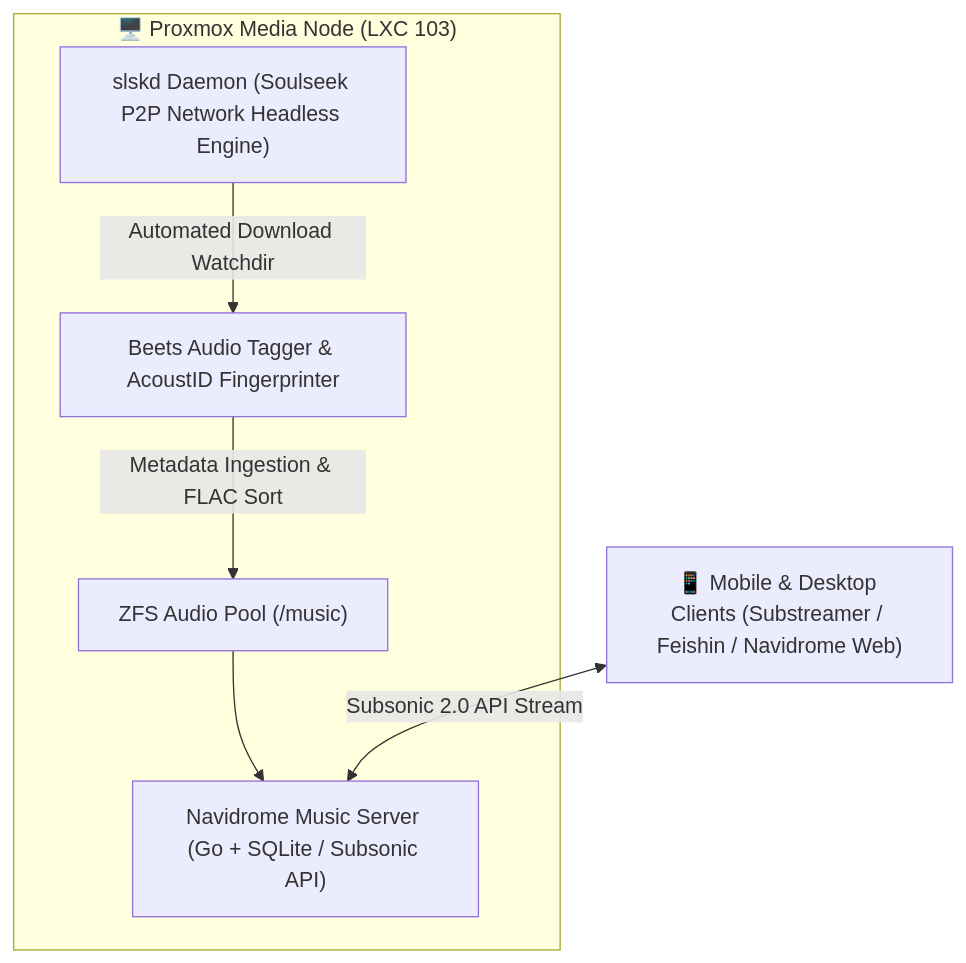
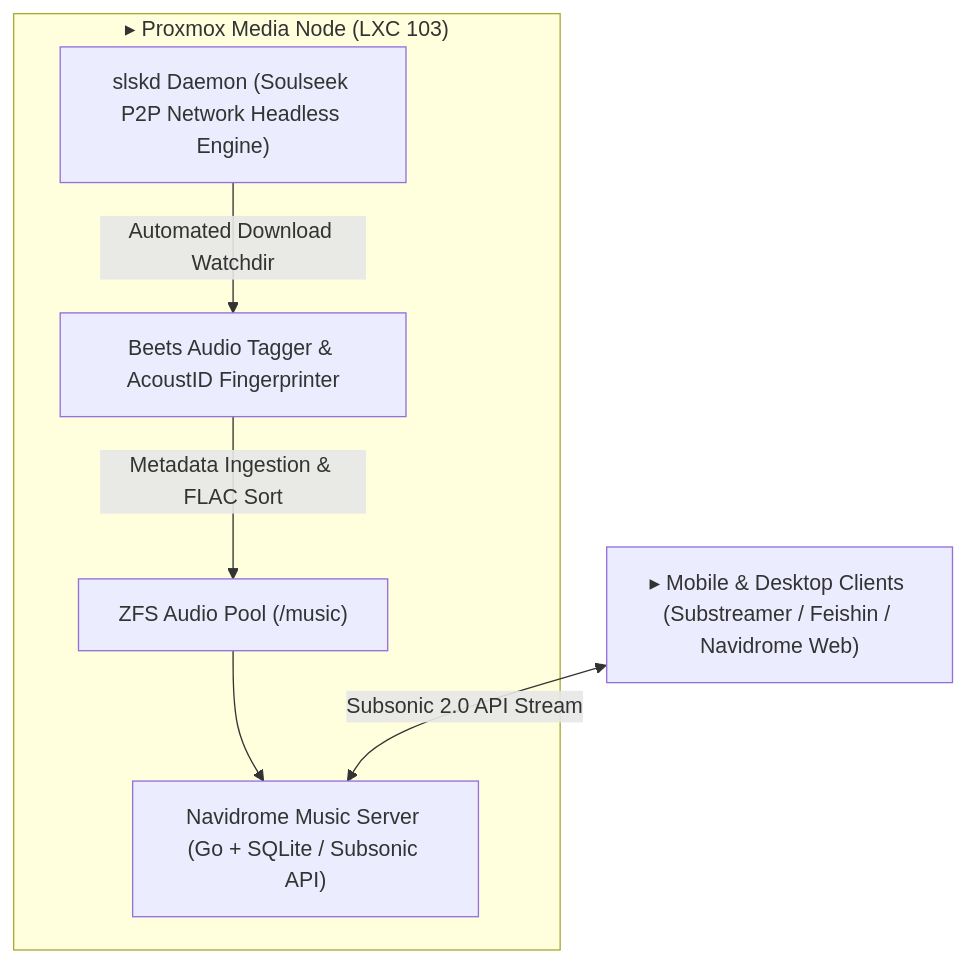
One commit to IAndrexI/documentation changed the diagram in docs/apps/services/media.md. Above: the diagram before and after it, drawn with Mermaid. The commit also changed other lines of this file and 40 other files, not shown here.

Commit message:
feat: hide git stars/branches, collapse subcategories until tab selected, add high-res architecture SVG, auto-update script, basic monochrome glyphs, and line-by-line recreation blueprints with summaries

````diff
--- a/docs/apps/services/media.md
+++ b/docs/apps/services/media.md
@@ -7,16 +7,16 @@
 ```mermaid
 graph TD
-    Client["📱 Mobile & Desktop Clients (Substreamer / Feishin / Navidrome Web)"]
+    Client["▸ Mobile & Desktop Clients (Substreamer / Feishin / Navidrome Web)"]
     
-    subgraph ProxmoxMedia["🖥️ Proxmox Media Node (LXC 103)"]
+    subgraph ProxmoxMedia["▸ Proxmox Media Node (LXC 103)"]
         Navidrome["Navidrome Music Server (Go + SQLite / Subsonic API)"]
         Slskd["slskd Daemon (Soulseek P2P Network Headless Engine)"]
         Beets["Beets Audio Tagger & AcoustID Fingerprinter"]
         
         Slskd -->|Automated Download Watchdir| Beets
         Beets -->|Metadata Ingestion & FLAC Sort| Storage["ZFS Audio Pool (/music)"]
         Storage --> Navidrome
     end
 
     Client <-->|Subsonic 2.0 API Stream| Navidrome
 ```
````
